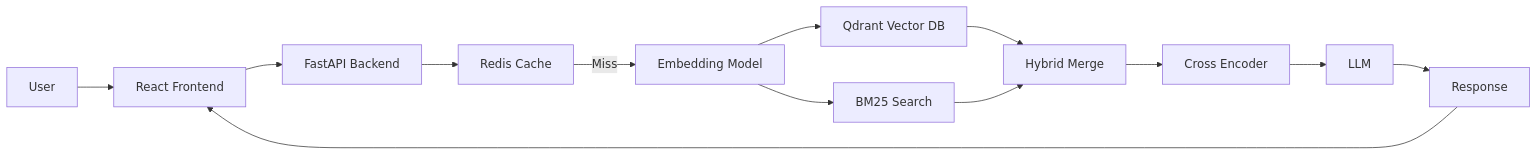
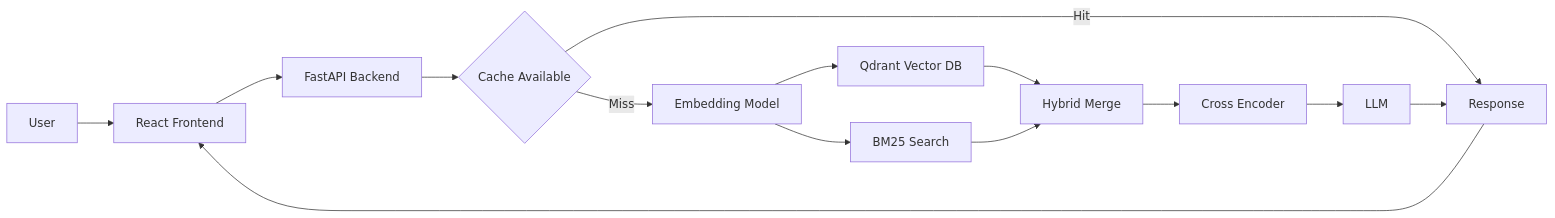
Before and after one commit to SHATHISH-07/itl-rag-system: the first of 4 diagrams in README.md, drawn with Mermaid.

Commit message:
refactor: Update architecture diagram to clarify cache handling in request lifecycle

````diff
--- a/README.md
+++ b/README.md
@@ -56,20 +56,22 @@
 ```mermaid
 flowchart LR
     A[User] --> B[React Frontend]
     B --> C[FastAPI Backend]
 
-    C --> D[Redis Cache]
+    C --> D{Cache Available}
+
+    D -->|Hit| K[Response]
+    K --> B
 
     D -->|Miss| E[Embedding Model]
     E --> F[Qdrant Vector DB]
     E --> G[BM25 Search]
 
     F --> H[Hybrid Merge]
     G --> H
 
     H --> I[Cross Encoder]
     I --> J[LLM]
 
-    J --> K[Response]
-    K --> B
+    J --> K
 ```
````
